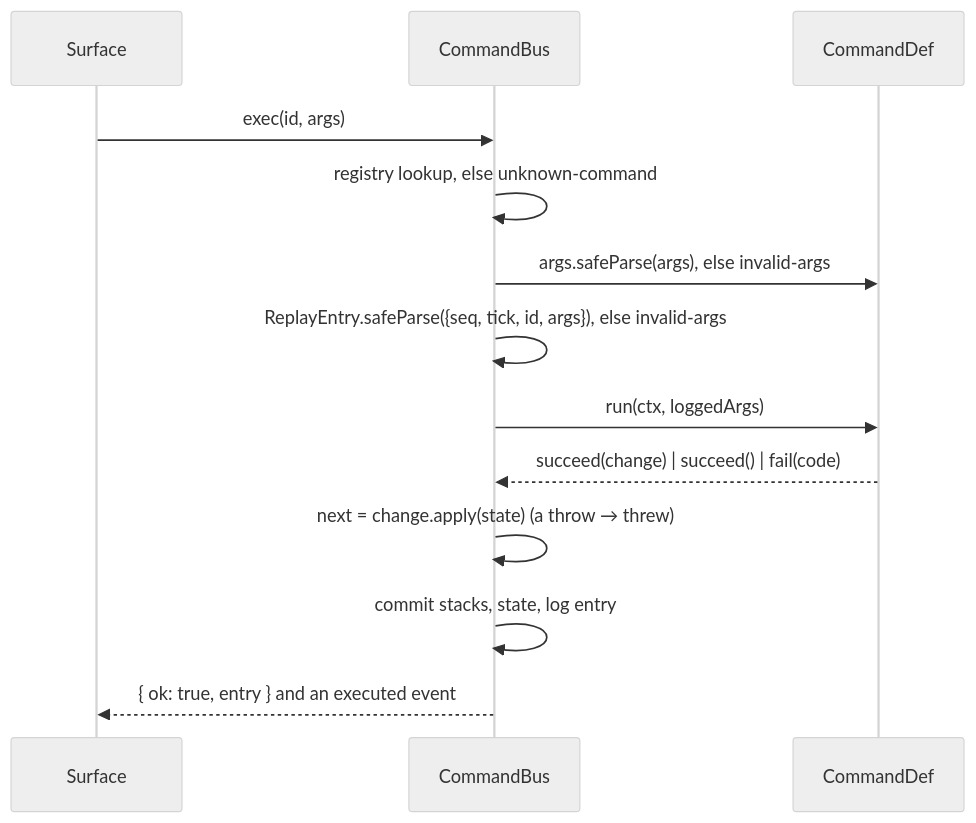
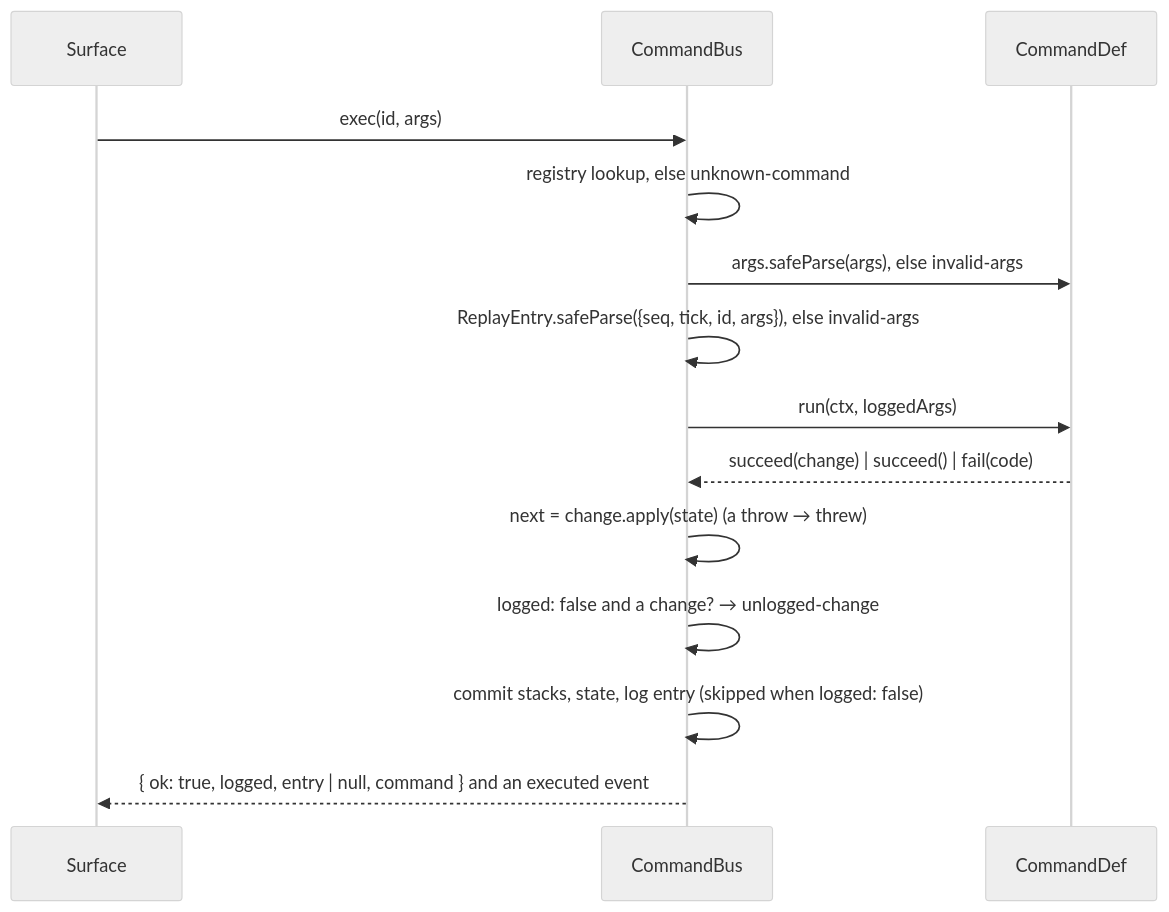
Before and after one commit to joebarbere/controls: the second of 4 diagrams in docs/architecture/commands.md, drawn with Mermaid (neutral theme). The commit also changed other lines of this file and 56 other files, not shown here.

````diff
--- a/docs/architecture/commands.md
+++ b/docs/architecture/commands.md
@@ -36,15 +37,16 @@
 ```mermaid
 sequenceDiagram
     participant S as Surface
     participant B as CommandBus
     participant D as CommandDef
     S->>B: exec(id, args)
     B->>B: registry lookup, else unknown-command
     B->>D: args.safeParse(args), else invalid-args
     B->>B: ReplayEntry.safeParse({seq, tick, id, args}), else invalid-args
     B->>D: run(ctx, loggedArgs)
     D-->>B: succeed(change) | succeed() | fail(code)
     B->>B: next = change.apply(state) (a throw → threw)
-    B->>B: commit stacks, state, log entry
-    B-->>S: { ok: true, entry } and an executed event
+    B->>B: logged: false and a change? → unlogged-change
+    B->>B: commit stacks, state, log entry (skipped when logged: false)
+    B-->>S: { ok: true, logged, entry | null, command } and an executed event
 ```
````
